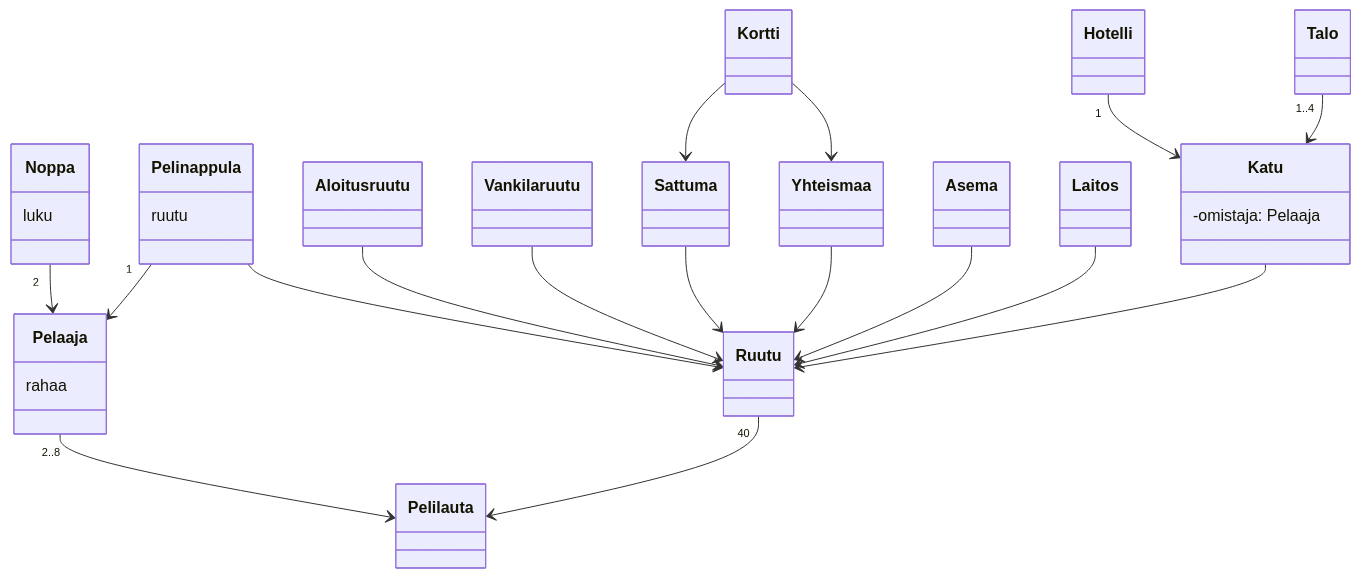
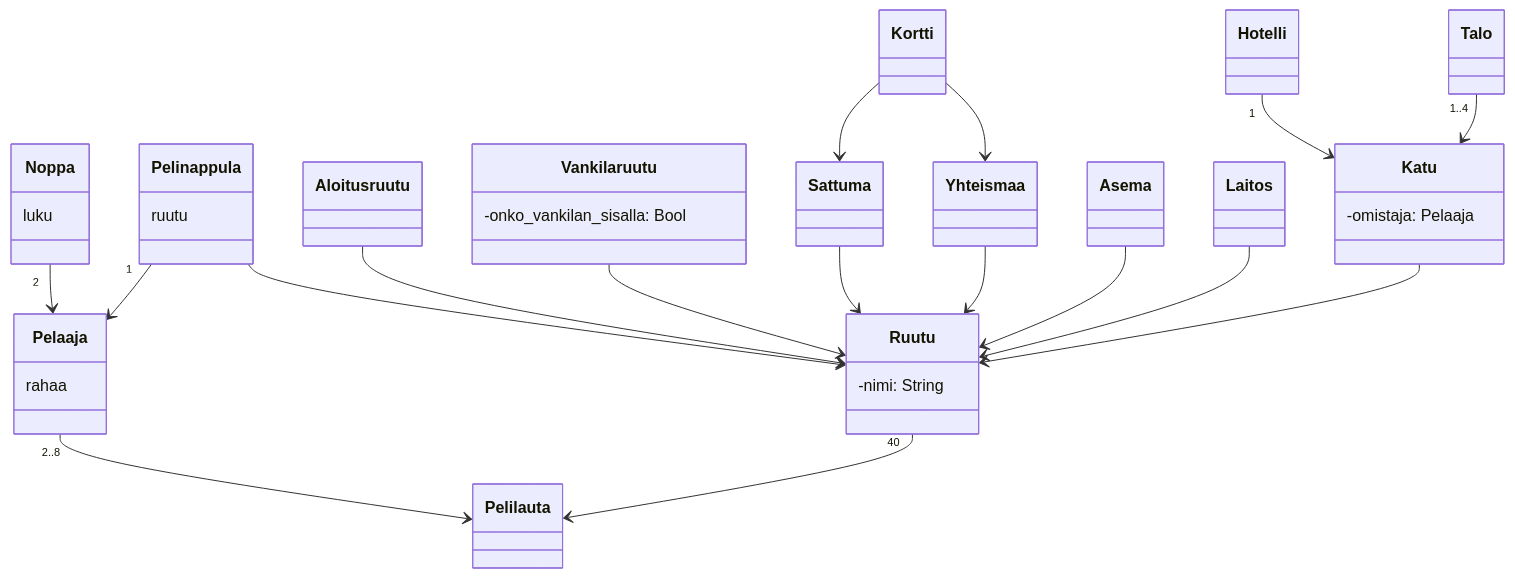
One commit to Yahimoh/ot-harjoitustyo changed the diagram in laskarit/viikko3/Monopoli_kaavio.md. Above: the diagram before and after it, drawn with Mermaid.

````diff
--- a/laskarit/viikko3/Monopoli_kaavio.md
+++ b/laskarit/viikko3/Monopoli_kaavio.md
@@ -1,74 +1,76 @@
 ```mermaid
  classDiagram
 	
 	Noppa "2" --> Pelaaja
 	Pelaaja "2..8" --> Pelilauta
 	Ruutu "40" --> Pelilauta
 	Pelinappula "1" --> Pelaaja
 	Pelinappula --> Ruutu
 
 	Aloitusruutu --> Ruutu
 	Vankilaruutu --> Ruutu
 	Sattuma --> Ruutu
 	Yhteismaa --> Ruutu
 	Asema --> Ruutu
 	Laitos --> Ruutu
 	Katu --> Ruutu
 	
 	Hotelli "1" --> Katu
 	Talo "1..4" --> Katu
 	
 	Kortti --> Sattuma
 	Kortti --> Yhteismaa
 	
 
 	class Noppa {
 		luku
 	}
 
         class Pelaaja {
 		rahaa
         }
 
 	class Pelilauta {
 	}
 
 	class Ruutu {
+		-nimi: String
 	}
 	
 	class Pelinappula {
 		ruutu
 	}
 
 	class Aloitusruutu {
 	}
 
 	class Vankilaruutu {
+		-onko_vankilan_sisalla: Bool
 	}
 		
 	class Sattuma {
 	}	
 	
 	class Yhteismaa {
 	}
 	
 	class Asema {
 	}
 	
 	class Laitos {
 	}
 
 	class Katu {
 		-omistaja: Pelaaja
 	}
 	
 	class Hotelli {
 	}
 	
 	class Talo {
 	}
 	
 	class Kortti {
 	}
 	 
 ```
````
